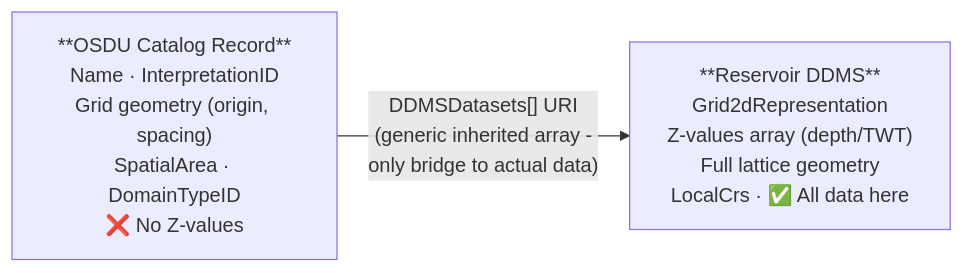
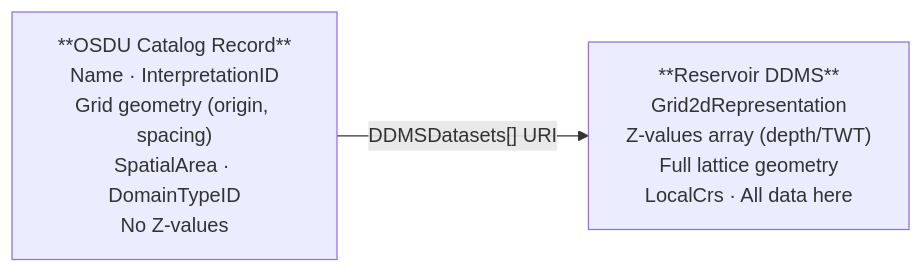
One commit to marcusapel/ores changed the first of 8 diagrams in md/SeisInt.md. Above: the diagram before and after it, drawn with Mermaid. The commit also changed other lines of this file and 7 other files, not shown here.

````diff
--- a/md/SeisInt.md
+++ b/md/SeisInt.md
@@ -32,6 +30,6 @@
 ```mermaid
 flowchart LR
-    OSDU["**OSDU Catalog Record**<br/>Name · InterpretationID<br/>Grid geometry (origin, spacing)<br/>SpatialArea · DomainTypeID<br/>❌ No Z-values"]
-    RDDMS["**Reservoir DDMS**<br/>Grid2dRepresentation<br/>Z-values array (depth/TWT)<br/>Full lattice geometry<br/>LocalCrs · ✅ All data here"]
-    OSDU -- "DDMSDatasets[] URI<br/>(generic inherited array -<br/>only bridge to actual data)" --> RDDMS
+    OSDU["**OSDU Catalog Record**<br/>Name · InterpretationID<br/>Grid geometry (origin, spacing)<br/>SpatialArea · DomainTypeID<br/>No Z-values"]
+    RDDMS["**Reservoir DDMS**<br/>Grid2dRepresentation<br/>Z-values array (depth/TWT)<br/>Full lattice geometry<br/>LocalCrs · All data here"]
+    OSDU -- "DDMSDatasets[] URI" --> RDDMS
 ```
````
